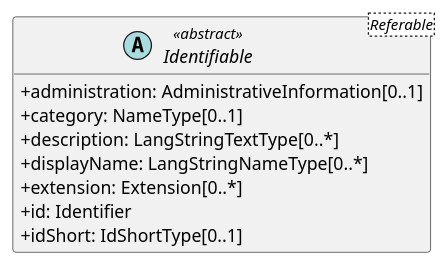
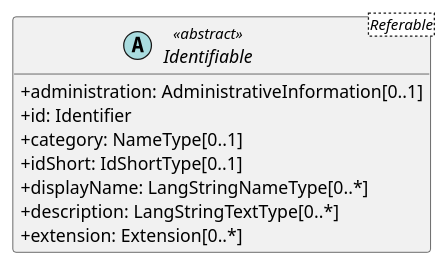
The diagram in output/classes/Identifiable.puml (zrgt/py2puml), drawn with PlantUML before and after one commit. The commit also changed other lines of this file and 68 other files, not shown here.

```diff
--- a/output/classes/Identifiable.puml
+++ b/output/classes/Identifiable.puml
@@ -1,14 +1,14 @@
 @startuml
 skinparam classAttributeIconSize 0
 hide methods
 
 abstract class Identifiable<Referable> <<abstract>> {
   +administration: AdministrativeInformation[0..1] 
+  +id: Identifier 
   +category: NameType[0..1] 
+  +idShort: IdShortType[0..1] 
+  +displayName: LangStringNameType[0..*] 
   +description: LangStringTextType[0..*] 
-  +displayName: LangStringNameType[0..*] 
   +extension: Extension[0..*] 
-  +id: Identifier 
-  +idShort: IdShortType[0..1] 
 }
 @enduml
```
